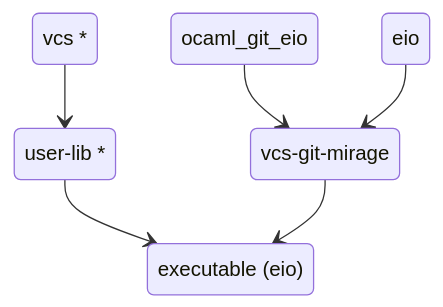
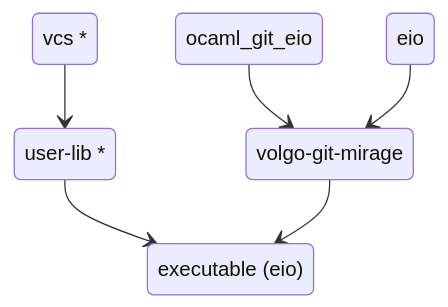
One commit to mbarbin/vcs changed the third of 3 diagrams in doc/docs/explanation/README.md. Above: the diagram before and after it, drawn with Mermaid. The commit also changed other lines of this file and 21 other files, not shown here.

````diff
--- a/doc/docs/explanation/README.md
+++ b/doc/docs/explanation/README.md
@@ -63,14 +63,14 @@
 ```mermaid
 stateDiagram-v2
   vcs : vcs *
   user : user-lib *
   executable : executable (eio)
   ocaml_git_eio : ocaml_git_eio
-  backend : vcs-git-mirage
+  backend : volgo-git-mirage
   runtime : eio
   vcs --> user
   user --> executable
   ocaml_git_eio --> backend
   runtime --> backend
   backend --> executable
 ```
````
